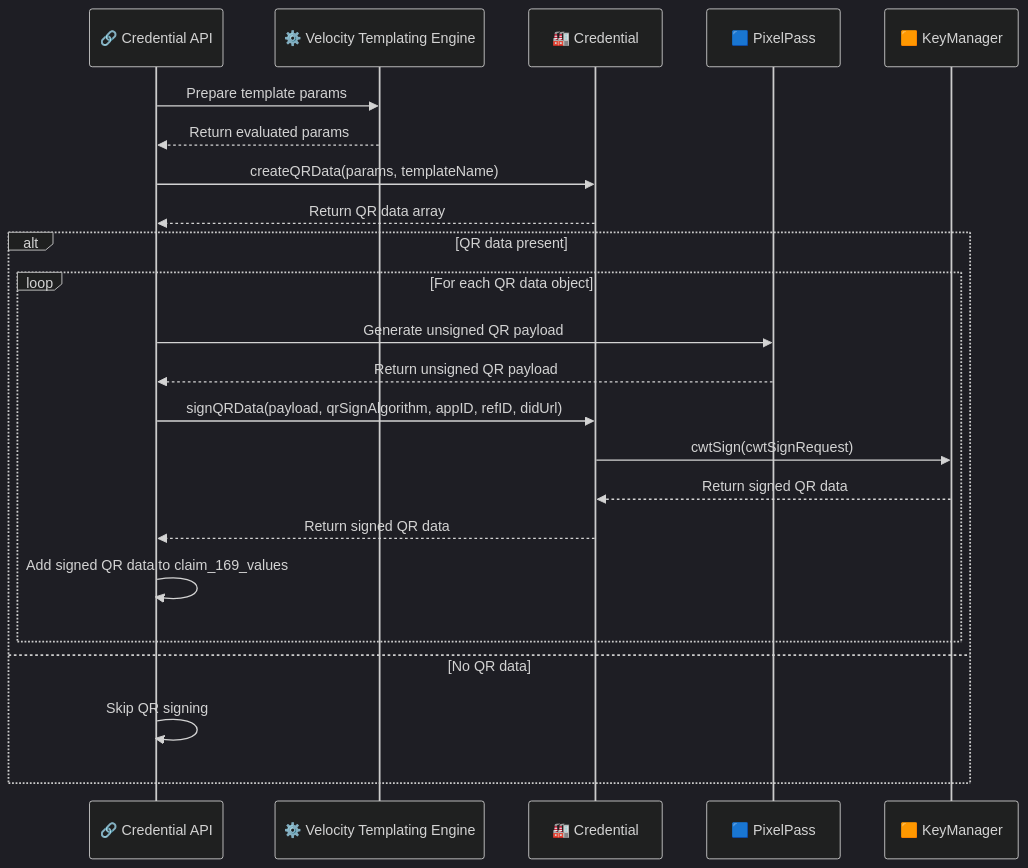
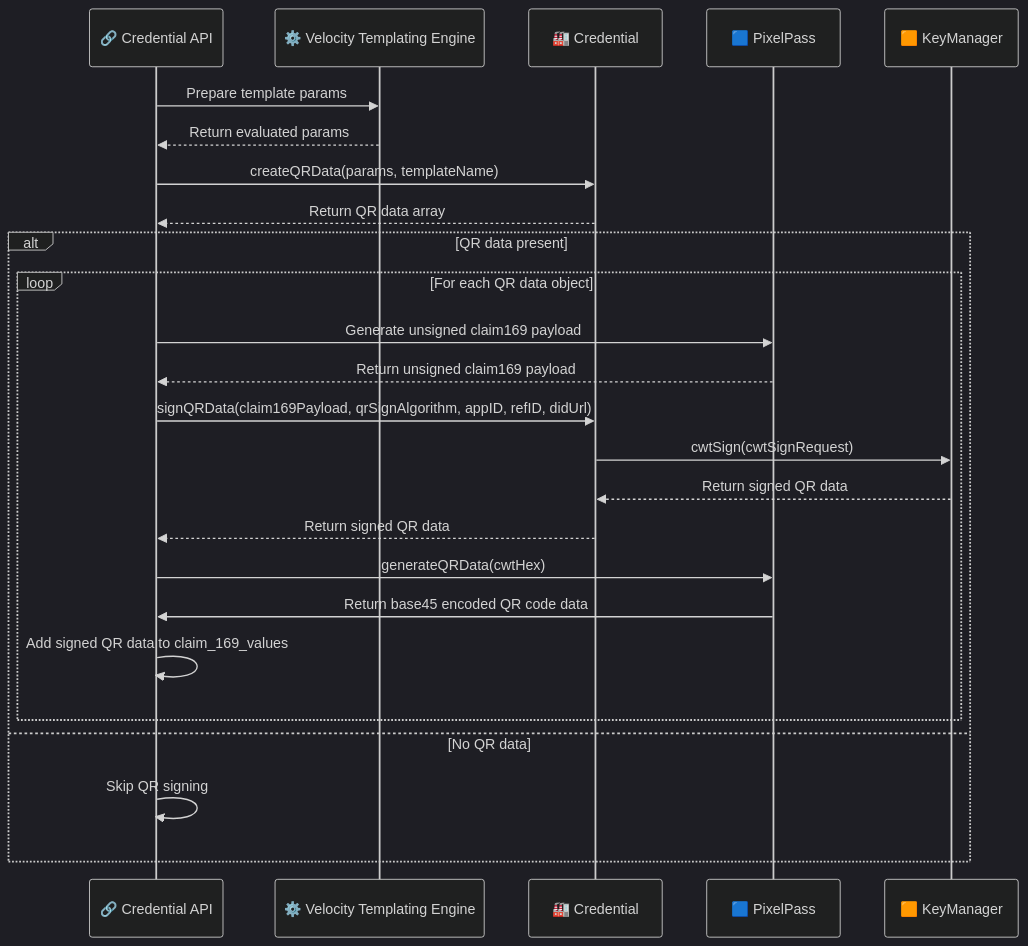
One commit to injibr/inji-certify changed the diagram in docs/Claim-169-QR-Code-Support.md. Above: the diagram before and after it, drawn with Mermaid (dark theme). The commit also changed other lines of this file and 1 other file, not shown here.

First line of the commit message:
[INJICERT-976] Add Pre auth code md and update claim169 md file  (#599)

````diff
--- a/docs/Claim-169-QR-Code-Support.md
+++ b/docs/Claim-169-QR-Code-Support.md
@@ -164,28 +186,30 @@
 ```mermaid
 sequenceDiagram
     participant CredentialAPI as 🔗 Credential API
     participant VelocityTemplatingEngine as ⚙️ Velocity Templating Engine
     participant Credential as 🏭 Credential
     participant PixelPass as 🟦 PixelPass
     participant KeyManager as 🟧 KeyManager
 
     CredentialAPI->>VelocityTemplatingEngine: Prepare template params
     VelocityTemplatingEngine-->>CredentialAPI: Return evaluated params
 
     CredentialAPI->>Credential: createQRData(params, templateName)
     Credential-->>CredentialAPI: Return QR data array
 
     alt QR data present
         loop For each QR data object
-            CredentialAPI->>PixelPass: Generate unsigned QR payload
-            PixelPass-->>CredentialAPI: Return unsigned QR payload
-            CredentialAPI->>Credential: signQRData(payload, qrSignAlgorithm, appID, refID, didUrl)
+            CredentialAPI->>PixelPass: Generate unsigned claim169 payload
+            PixelPass-->>CredentialAPI: Return unsigned claim169 payload
+            CredentialAPI->>Credential: signQRData(claim169Payload, qrSignAlgorithm, appID, refID, didUrl)
             Credential->>KeyManager: cwtSign(cwtSignRequest)
             KeyManager-->>Credential: Return signed QR data
             Credential-->>CredentialAPI: Return signed QR data
-            CredentialAPI->>CredentialAPI: Add signed QR data to claim_169_values
+            CredentialAPI->>PixelPass: generateQRData(cwtHex)
+            PixelPass ->> CredentialAPI: Return base45 encoded QR code data
+            CredentialAPI ->> CredentialAPI: Add signed QR data to claim_169_values
         end
     else No QR data
         CredentialAPI->>CredentialAPI: Skip QR signing
     end
 ```
````
